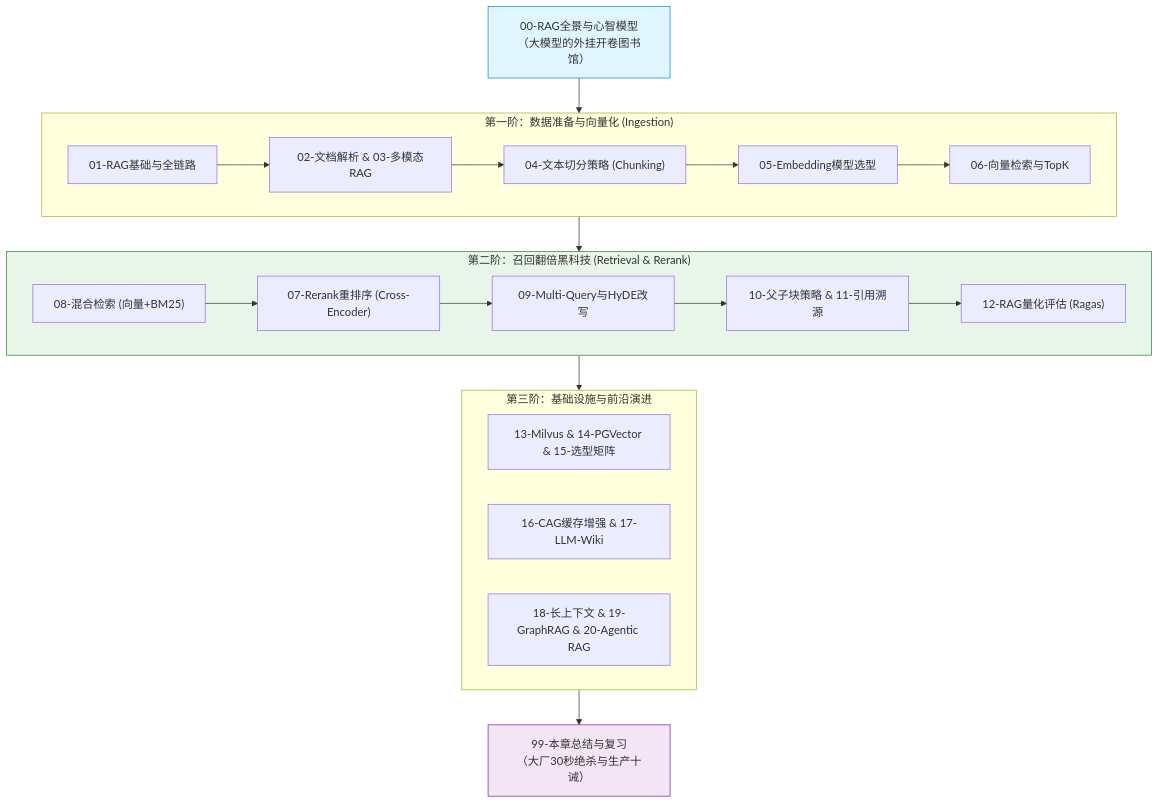
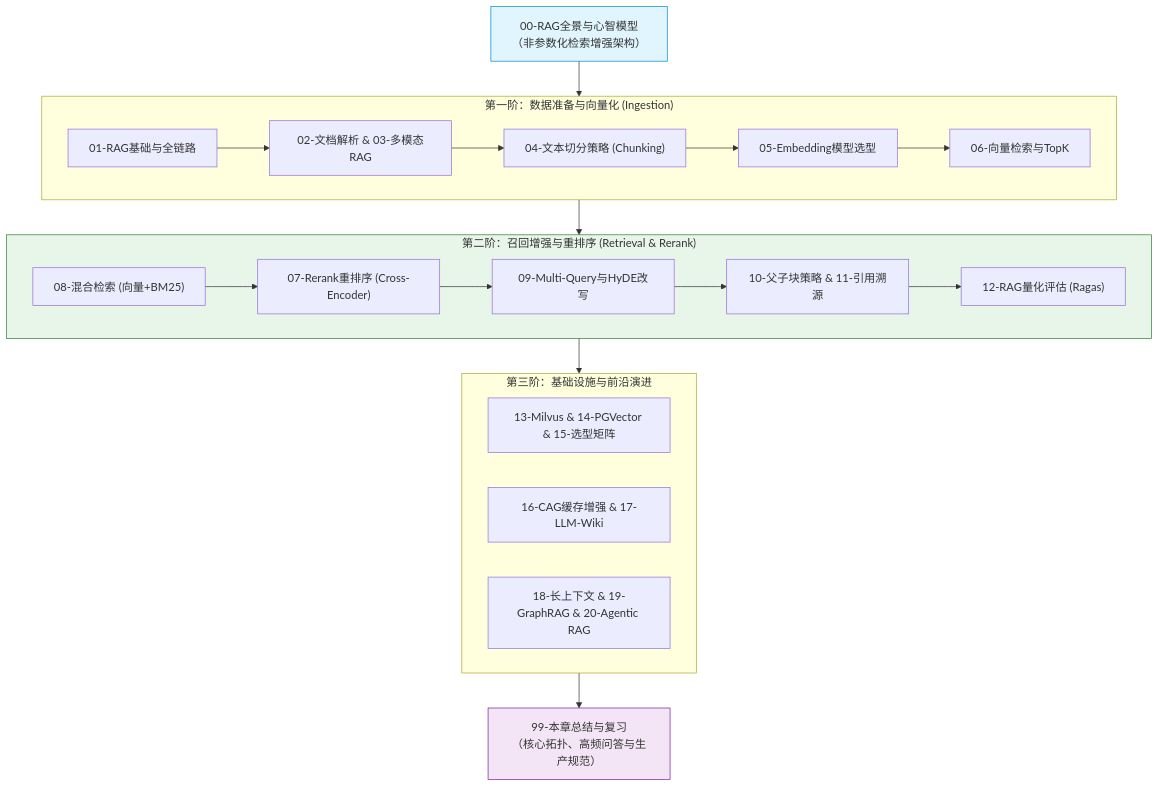
One commit to GuoWWWX/knowledge-base changed the diagram in 10-AI应用开发/03-知识库技术-RAG/_index.md. Above: the diagram before and after it, drawn with Mermaid. The commit also changed other lines of this file and 251 other files, not shown here.

````diff
--- a/10-AI应用开发/03-知识库技术-RAG/_index.md
+++ b/10-AI应用开发/03-知识库技术-RAG/_index.md
@@ -22,32 +22,32 @@
 ```mermaid
 flowchart TD
-    M0["00-RAG全景与心智模型<br/>（大模型的外挂开卷图书馆）"] --> S1
+    M0["00-RAG全景与心智模型<br/>（非参数化检索增强架构）"] --> S1
 
     subgraph S1["第一阶：数据准备与向量化 (Ingestion)"]
         L1["01-RAG基础与全链路"] --> L2["02-文档解析 & 03-多模态RAG"]
         L2 --> L3["04-文本切分策略 (Chunking)"]
         L3 --> L4["05-Embedding模型选型"]
         L4 --> L5["06-向量检索与TopK"]
     end
 
-    subgraph S2["第二阶：召回翻倍黑科技 (Retrieval & Rerank)"]
+    subgraph S2["第二阶：召回增强与重排序 (Retrieval & Rerank)"]
         A1["08-混合检索 (向量+BM25)"] --> A2["07-Rerank重排序 (Cross-Encoder)"]
         A2 --> A3["09-Multi-Query与HyDE改写"]
         A3 --> A4["10-父子块策略 & 11-引用溯源"]
         A4 --> A5["12-RAG量化评估 (Ragas)"]
     end
 
     subgraph S3["第三阶：基础设施与前沿演进"]
         V1["13-Milvus & 14-PGVector & 15-选型矩阵"]
         V2["16-CAG缓存增强 & 17-LLM-Wiki"]
         V3["18-长上下文 & 19-GraphRAG & 20-Agentic RAG"]
     end
 
     S1 --> S2
     S2 --> S3
-    S3 --> FIN["99-本章总结与复习<br/>（大厂30秒绝杀与生产十诫）"]
+    S3 --> FIN["99-本章总结与复习<br/>（核心拓扑、高频问答与生产规范）"]
 
     style M0 fill:#e1f5fe,stroke:#0288d1,stroke-width:1px
     style S2 fill:#e8f5e9,stroke:#2e7d32,stroke-width:1px
     style FIN fill:#f3e5f5,stroke:#7b1fa2,stroke-width:1px
 ```
````
